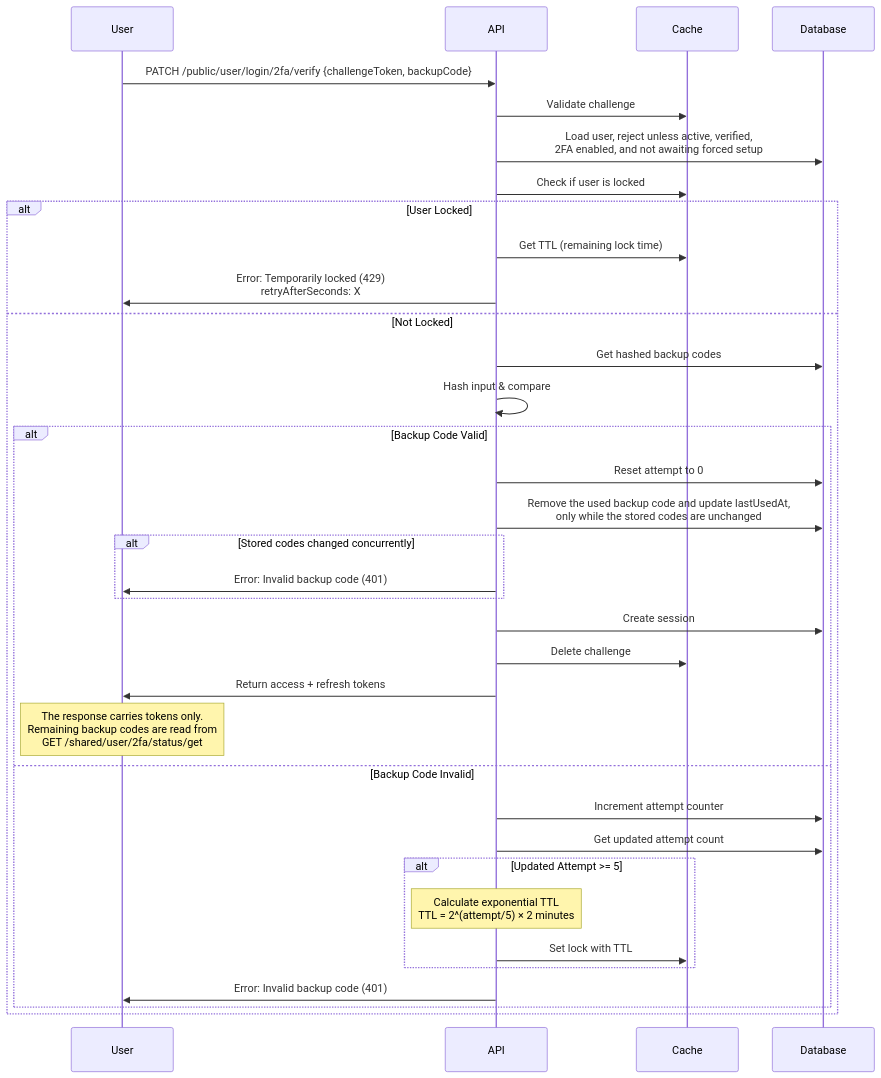
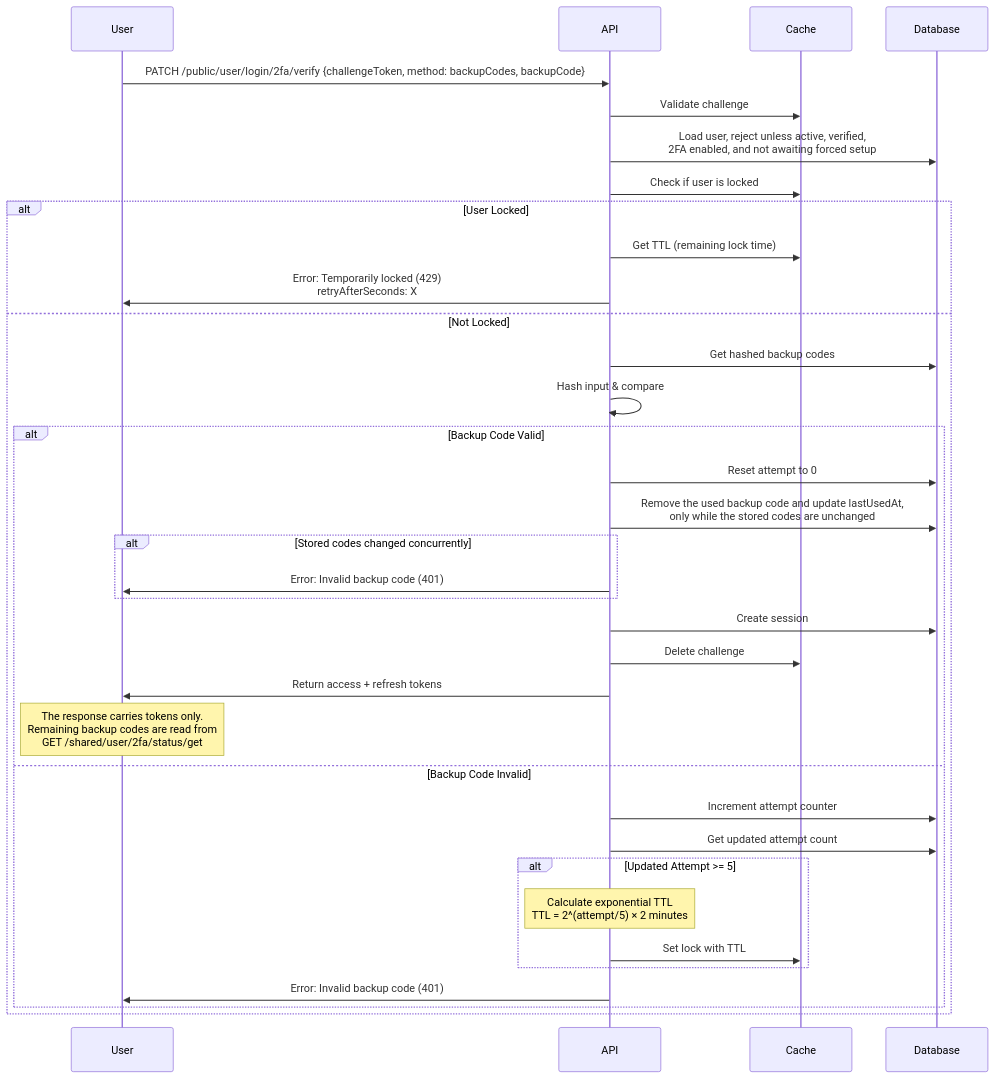
Before and after one commit to andrechristikan/ack-nestjs-boilerplate: the fourth of 9 diagrams in docs/two-factor.md, drawn with Mermaid. The commit also changed other lines of this file and 1195 other files, not shown here.

````diff
--- a/docs/two-factor.md
+++ b/docs/two-factor.md
@@ -318,38 +318,38 @@
 ```mermaid
 sequenceDiagram
     participant User
     participant API
     participant Cache
     participant Database
 
-    User->>API: PATCH /public/user/login/2fa/verify {challengeToken, backupCode}
+    User->>API: PATCH /public/user/login/2fa/verify {challengeToken, method: backupCodes, backupCode}
     API->>Cache: Validate challenge
     API->>Database: Load user, reject unless active, verified,<br/>2FA enabled, and not awaiting forced setup
     API->>Cache: Check if user is locked
     alt User Locked
         API->>Cache: Get TTL (remaining lock time)
         API->>User: Error: Temporarily locked (429)<br/>retryAfterSeconds: X
     else Not Locked
         API->>Database: Get hashed backup codes
         API->>API: Hash input & compare
         alt Backup Code Valid
             API->>Database: Reset attempt to 0
             API->>Database: Remove the used backup code and update lastUsedAt,<br/>only while the stored codes are unchanged
             alt Stored codes changed concurrently
                 API->>User: Error: Invalid backup code (401)
             end
             API->>Database: Create session
             API->>Cache: Delete challenge
             API->>User: Return access + refresh tokens
             Note over User: The response carries tokens only.<br/>Remaining backup codes are read from<br/>GET /shared/user/2fa/status/get
         else Backup Code Invalid
             API->>Database: Increment attempt counter
             API->>Database: Get updated attempt count
             alt Updated Attempt >= 5
                 Note over API: Calculate exponential TTL<br/>TTL = 2^(attempt/5) × 2 minutes
                 API->>Cache: Set lock with TTL
             end
             API->>User: Error: Invalid backup code (401)
         end
     end
 ```
````
